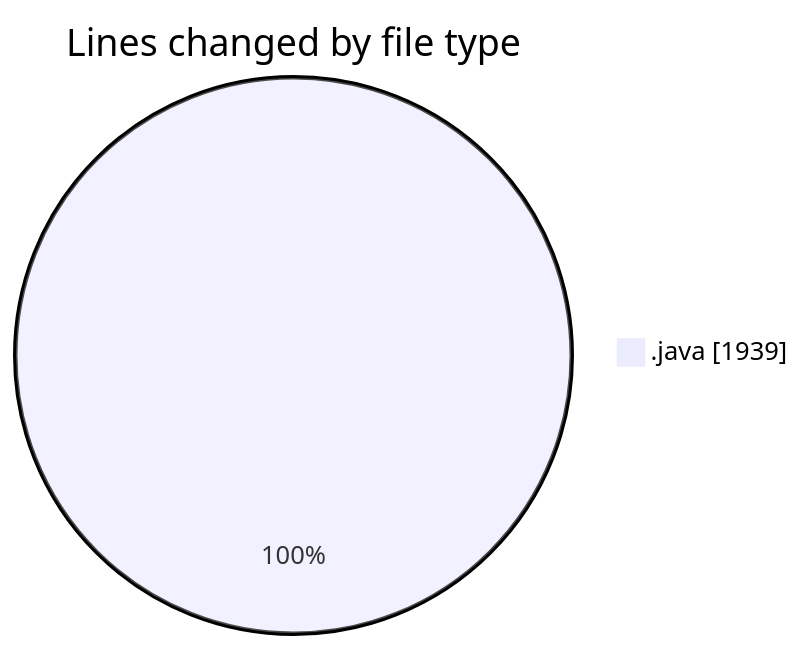
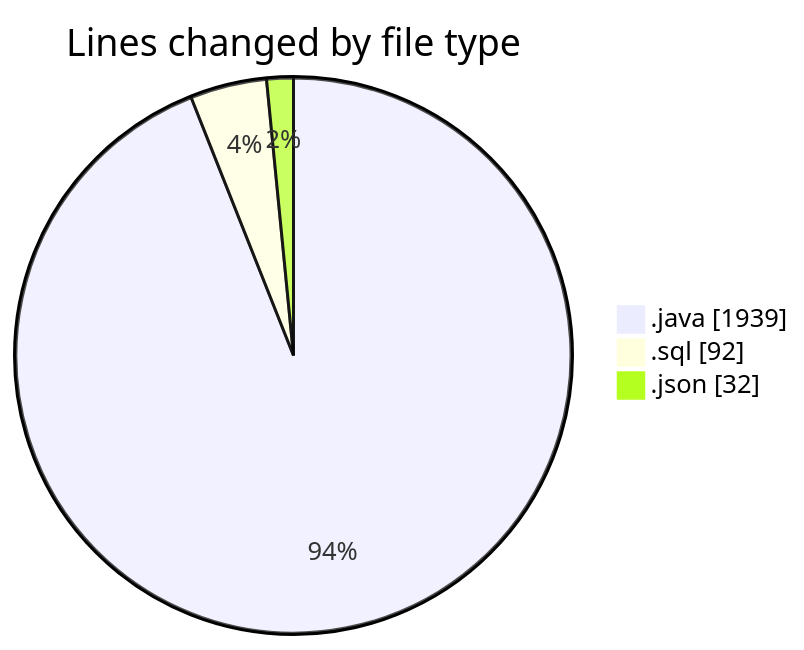
Before and after one commit to ricardozamudiocil/code-tracking: the first of 2 diagrams in 2026-06-23/cilapp/README.md, drawn with Mermaid. The commit also changed other lines of this file and 1 other file, not shown here.

````diff
--- a/2026-06-23/cilapp/README.md
+++ b/2026-06-23/cilapp/README.md
@@ -22,5 +24,7 @@
 ```mermaid
 pie showData
 title Lines changed by file type
 ".java" : 1939
+".sql" : 92
+".json" : 32
 ```
````
